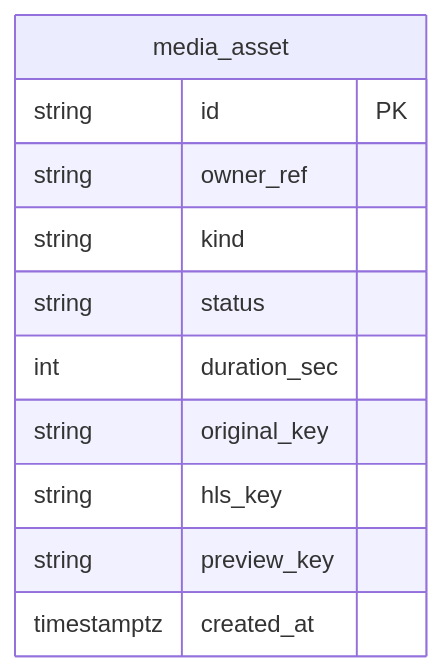
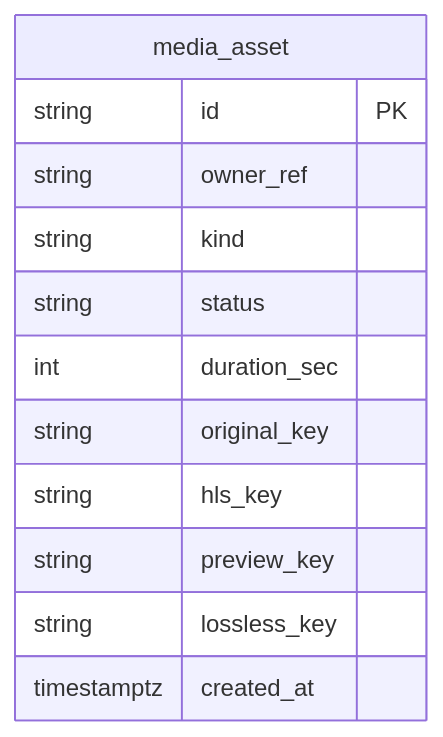
Before and after one commit to Shakvilla/beatzmedia: the second of 5 diagrams in backend/docs/architecture/media.md, drawn with Mermaid. The commit also changed other lines of this file and 129 other files, not shown here.

````diff
--- a/backend/docs/architecture/media.md
+++ b/backend/docs/architecture/media.md
@@ -119,14 +138,15 @@
 ```mermaid
 erDiagram
   media_asset {
     string id PK
     string owner_ref
     string kind
     string status
     int duration_sec
     string original_key
     string hls_key
     string preview_key
+    string lossless_key
     timestamptz created_at
   }
 ```
````
